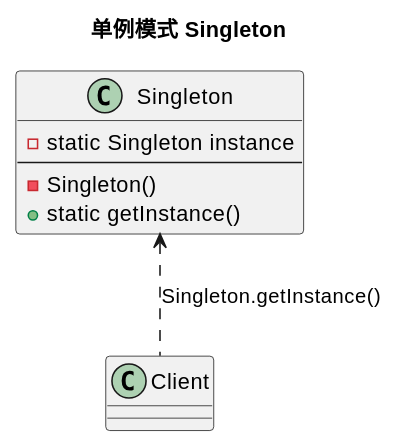
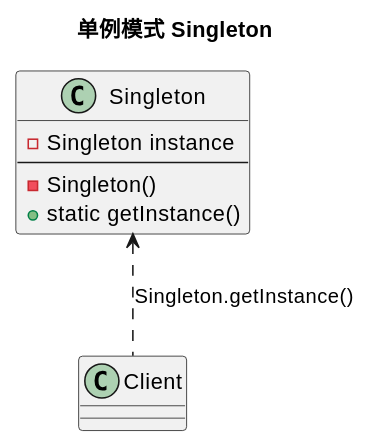
Before and after one commit to mustang1988/DocsifyRepository: the diagram in repository/Theories/ObjectOrientedProgramming/DesignPattern/CreationalPatterns/Singleton/README.md, drawn with PlantUML. The commit also changed 1 other file, not shown here.

Commit message:
Update UML in singleton

````diff
--- a/repository/Theories/ObjectOrientedProgramming/DesignPattern/CreationalPatterns/Singleton/README.md
+++ b/repository/Theories/ObjectOrientedProgramming/DesignPattern/CreationalPatterns/Singleton/README.md
@@ -7,13 +7,13 @@
 ```plantuml
 @startuml 单例模式 Singleton
 title 单例模式 Singleton
 
 class Singleton {
-    - static Singleton instance
+    - Singleton instance
     ---
     - Singleton()
     + static getInstance()
 }
 Singleton <.. Client: Singleton.getInstance()
 @enduml
 ```
````
